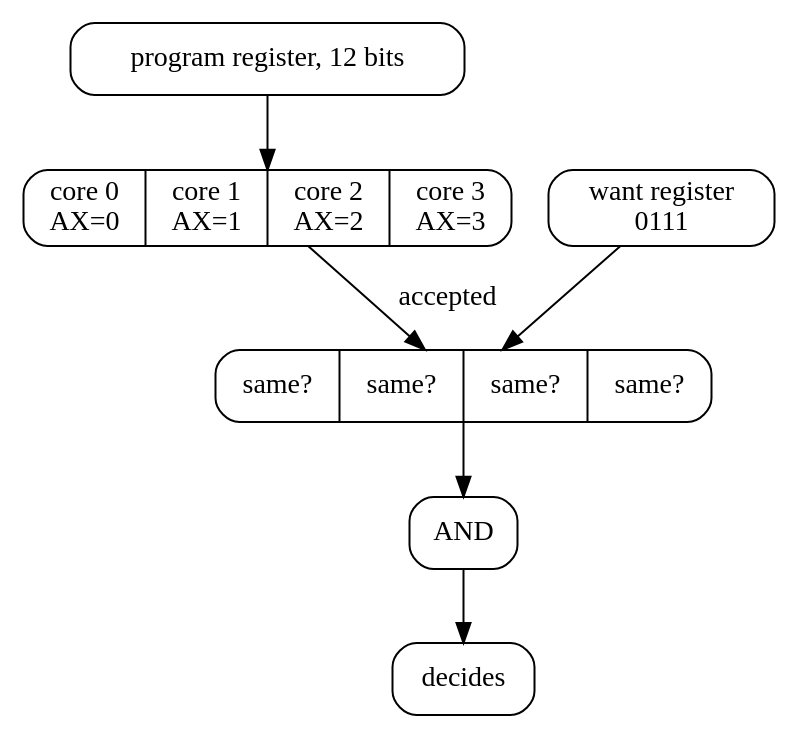
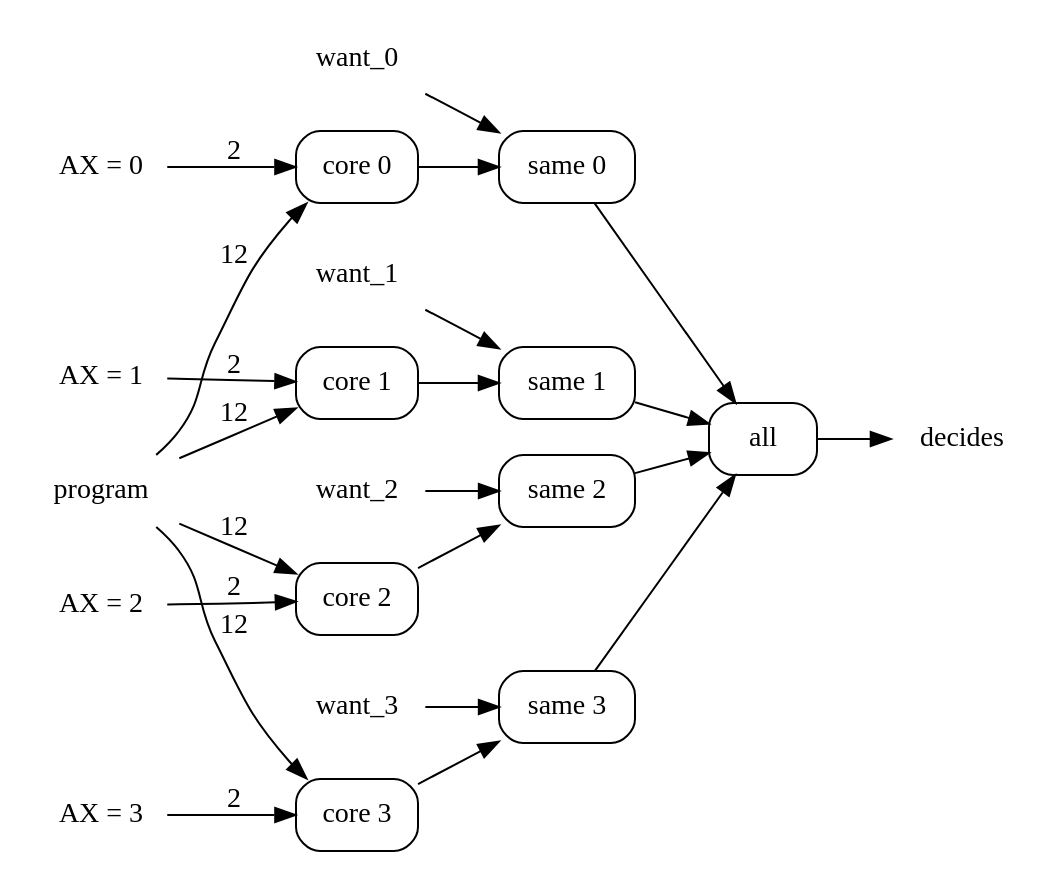
One commit to showell/cook-levin-riff changed diagram 12 of 16 in book/book.md. Above: the diagram before and after it, drawn with Graphviz. The commit also changed other lines of this file and 6 other files, not shown here.

````diff
--- a/book/book.md
+++ b/book/book.md
@@ -1272,17 +1120,46 @@
 ```dot
 digraph {
-  rankdir=TB;
+  rankdir=LR;
   node [shape=box, style=rounded];
-  prog [label="program register, 12 bits"];
-  want [label="want register\n0111"];
-  cores [shape=record, label="core 0\nAX=0|core 1\nAX=1|core 2\nAX=2|core 3\nAX=3"];
-  same [shape=record, label="same?|same?|same?|same?"];
-  all [label="AND"];
-  out [label="decides"];
-  prog -> cores;
-  cores -> same [label="accepted"];
-  want -> same;
-  same -> all;
-  all -> out;
+  i0 [shape=plaintext, label="program"];
+  i1 [shape=plaintext, label="AX = 0"];
+  i2 [shape=plaintext, label="want_0"];
+  i3 [shape=plaintext, label="AX = 1"];
+  i4 [shape=plaintext, label="want_1"];
+  i5 [shape=plaintext, label="AX = 2"];
+  i6 [shape=plaintext, label="want_2"];
+  i7 [shape=plaintext, label="AX = 3"];
+  i8 [shape=plaintext, label="want_3"];
+  b0 [label="core 0"];
+  b1 [label="same 0"];
+  b2 [label="all"];
+  b3 [label="core 1"];
+  b4 [label="same 1"];
+  b5 [label="core 2"];
+  b6 [label="same 2"];
+  b7 [label="core 3"];
+  b8 [label="same 3"];
+  o0 [shape=plaintext, label="decides"];
+  i0 -> b0 [label="12"];
+  i1 -> b0 [label="2"];
+  b0 -> b1;
+  i2 -> b1;
+  b1 -> b2;
+  i0 -> b3 [label="12"];
+  i3 -> b3 [label="2"];
+  b3 -> b4;
+  i4 -> b4;
+  b4 -> b2;
+  i0 -> b5 [label="12"];
+  i5 -> b5 [label="2"];
+  b5 -> b6;
+  i6 -> b6;
+  b6 -> b2;
+  i0 -> b7 [label="12"];
+  i7 -> b7 [label="2"];
+  b7 -> b8;
+  i8 -> b8;
+  b8 -> b2;
+  b2 -> o0;
 }
 ```
````
